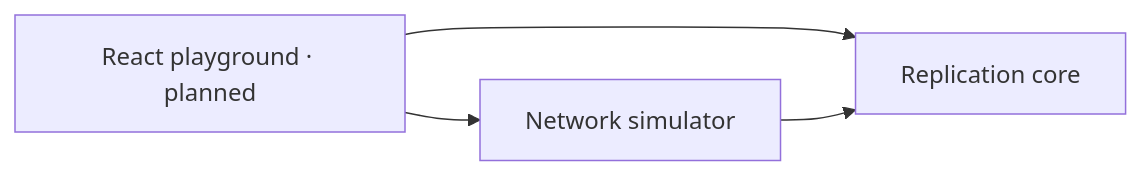
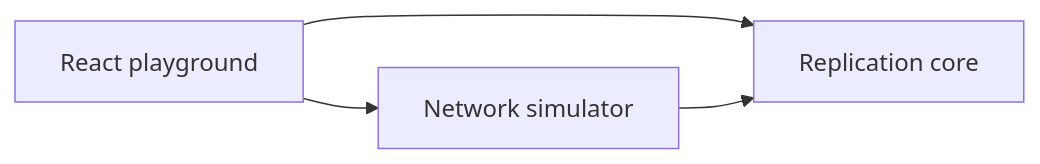
Before and after one commit to ethanclarke0705/ReplicaLab: the diagram in README.md, drawn with Mermaid. The commit also changed other lines of this file and 6 other files, not shown here.

````diff
--- a/README.md
+++ b/README.md
@@ -87,6 +99,6 @@
 ```mermaid
 flowchart LR
-  Playground[React playground · planned] --> Simulator[Network simulator]
+  Playground[React playground] --> Simulator[Network simulator]
   Playground --> Core[Replication core]
   Simulator --> Core
 ```
````
